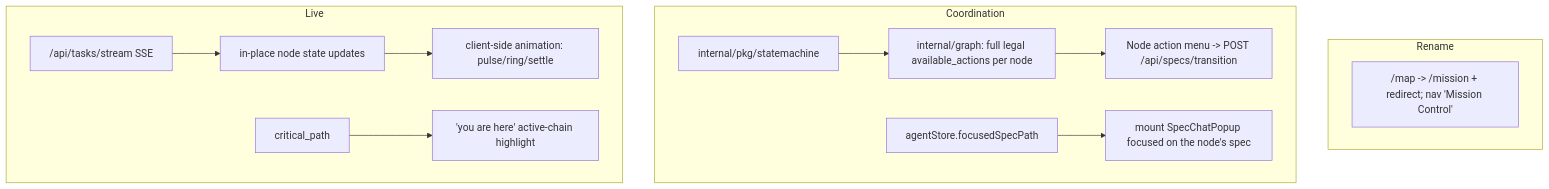
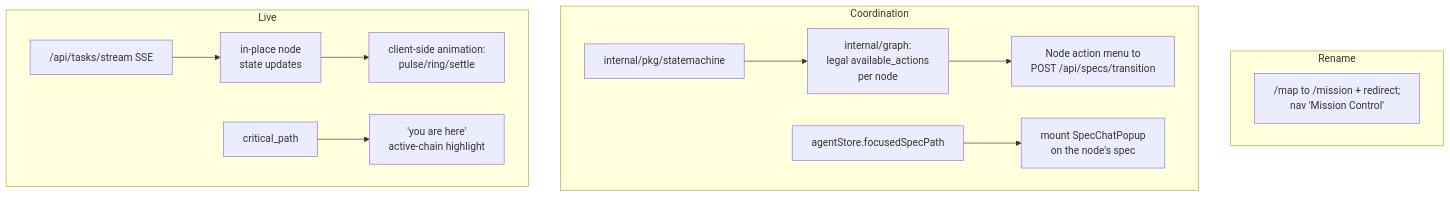
Before and after one commit to changkun/wallfacer: the diagram in specs/.archive/local/mission-control.md, drawn with Mermaid. The commit also changed 8 other files, not shown here.

First line of the commit message:
docs,specs: repair mermaid diagrams that rendered wrong

````diff
--- a/specs/.archive/local/mission-control.md
+++ b/specs/.archive/local/mission-control.md
@@ -72,16 +72,16 @@
 ```mermaid
 graph TD
   subgraph Rename
-    R["/map -> /mission + redirect; nav 'Mission Control'"]
+    R["/map to /mission + redirect;<br/>nav 'Mission Control'"]
   end
   subgraph Coordination
-    SM["internal/pkg/statemachine"] --> GB["internal/graph: full legal available_actions per node"]
-    GB --> NM["Node action menu -> POST /api/specs/transition"]
-    AS["agentStore.focusedSpecPath"] --> CH["mount SpecChatPopup focused on the node's spec"]
+    SM["internal/pkg/statemachine"] --> GB["internal/graph:<br/>legal available_actions<br/>per node"]
+    GB --> NM["Node action menu to<br/>POST /api/specs/transition"]
+    AS["agentStore.focusedSpecPath"] --> CH["mount SpecChatPopup<br/>on the node's spec"]
   end
   subgraph Live
-    TS["/api/tasks/stream SSE"] --> LP["in-place node state updates"]
-    LP --> AN["client-side animation: pulse/ring/settle"]
-    CP["critical_path"] --> YH["'you are here' active-chain highlight"]
+    TS["/api/tasks/stream SSE"] --> LP["in-place node<br/>state updates"]
+    LP --> AN["client-side animation:<br/>pulse/ring/settle"]
+    CP["critical_path"] --> YH["'you are here'<br/>active-chain highlight"]
   end
 ```
````
